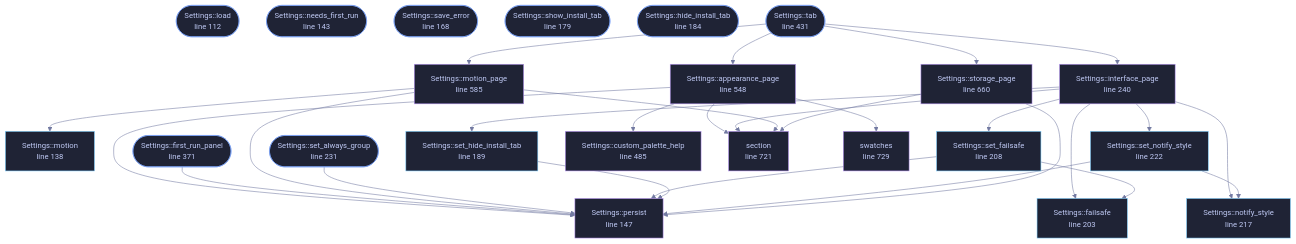
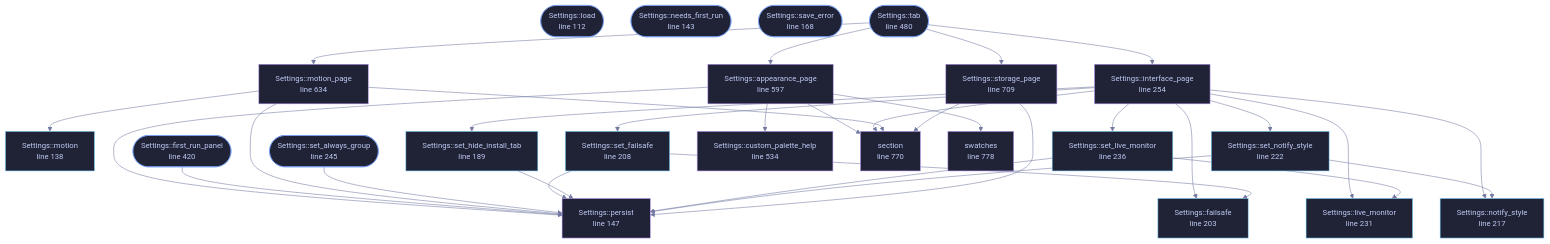
One commit to tilas01/veilvoice changed the diagram in wiki/File-veilvoice-gui-settings.md. Above: the diagram before and after it, drawn with Mermaid. The commit also changed other lines of this file and 81 other files, not shown here.

````diff
--- a/wiki/File-veilvoice-gui-settings.md
+++ b/wiki/File-veilvoice-gui-settings.md
@@ -95,33 +95,35 @@
     n_needs_first_run(["Settings::needs_first_run<br/>line 143"])
     n_persist["Settings::persist<br/>line 147"]
     n_save_error(["Settings::save_error<br/>line 168"])
-    n_show_install_tab(["Settings::show_install_tab<br/>line 179"])
-    n_hide_install_tab(["Settings::hide_install_tab<br/>line 184"])
     n_set_hide_install_tab["Settings::set_hide_install_tab<br/>line 189"]
     n_failsafe["Settings::failsafe<br/>line 203"]
     n_set_failsafe["Settings::set_failsafe<br/>line 208"]
     n_notify_style["Settings::notify_style<br/>line 217"]
     n_set_notify_style["Settings::set_notify_style<br/>line 222"]
-    n_set_always_group(["Settings::set_always_group<br/>line 231"])
-    n_interface_page["Settings::interface_page<br/>line 240"]
-    n_first_run_panel(["Settings::first_run_panel<br/>line 371"])
-    n_tab(["Settings::tab<br/>line 431"])
-    n_custom_palette_help["Settings::custom_palette_help<br/>line 485"]
-    n_appearance_page["Settings::appearance_page<br/>line 548"]
-    n_motion_page["Settings::motion_page<br/>line 585"]
-    n_storage_page["Settings::storage_page<br/>line 660"]
-    n_section["section<br/>line 721"]
-    n_swatches["swatches<br/>line 729"]
+    n_live_monitor["Settings::live_monitor<br/>line 231"]
+    n_set_live_monitor["Settings::set_live_monitor<br/>line 236"]
+    n_set_always_group(["Settings::set_always_group<br/>line 245"])
+    n_interface_page["Settings::interface_page<br/>line 254"]
+    n_first_run_panel(["Settings::first_run_panel<br/>line 420"])
+    n_tab(["Settings::tab<br/>line 480"])
+    n_custom_palette_help["Settings::custom_palette_help<br/>line 534"]
+    n_appearance_page["Settings::appearance_page<br/>line 597"]
+    n_motion_page["Settings::motion_page<br/>line 634"]
+    n_storage_page["Settings::storage_page<br/>line 709"]
+    n_section["section<br/>line 770"]
+    n_swatches["swatches<br/>line 778"]
     n_appearance_page --> n_custom_palette_help
     n_appearance_page --> n_persist
     n_appearance_page --> n_section
     n_appearance_page --> n_swatches
     n_first_run_panel --> n_persist
     n_interface_page --> n_failsafe
+    n_interface_page --> n_live_monitor
     n_interface_page --> n_notify_style
     n_interface_page --> n_section
     n_interface_page --> n_set_failsafe
     n_interface_page --> n_set_hide_install_tab
+    n_interface_page --> n_set_live_monitor
     n_interface_page --> n_set_notify_style
     n_motion_page --> n_motion
     n_motion_page --> n_persist
@@ -130,6 +132,8 @@
     n_set_failsafe --> n_failsafe
     n_set_failsafe --> n_persist
     n_set_hide_install_tab --> n_persist
+    n_set_live_monitor --> n_live_monitor
+    n_set_live_monitor --> n_persist
     n_set_notify_style --> n_notify_style
     n_set_notify_style --> n_persist
     n_storage_page --> n_persist
@@ -143,27 +147,27 @@
     click n_needs_first_run href "https://github.com/tilas01/veilvoice/blob/main/crates/veilvoice-gui/src/settings.rs#L143" "open the source"
     click n_persist href "https://github.com/tilas01/veilvoice/blob/main/crates/veilvoice-gui/src/settings.rs#L147" "open the source"
     click n_save_error href "https://github.com/tilas01/veilvoice/blob/main/crates/veilvoice-gui/src/settings.rs#L168" "open the source"
-    click n_show_install_tab href "https://github.com/tilas01/veilvoice/blob/main/crates/veilvoice-gui/src/settings.rs#L179" "open the source"
-    click n_hide_install_tab href "https://github.com/tilas01/veilvoice/blob/main/crates/veilvoice-gui/src/settings.rs#L184" "open the source"
     click n_set_hide_install_tab href "https://github.com/tilas01/veilvoice/blob/main/crates/veilvoice-gui/src/settings.rs#L189" "open the source"
     click n_failsafe href "https://github.com/tilas01/veilvoice/blob/main/crates/veilvoice-gui/src/settings.rs#L203" "open the source"
     click n_set_failsafe href "https://github.com/tilas01/veilvoice/blob/main/crates/veilvoice-gui/src/settings.rs#L208" "open the source"
     click n_notify_style href "https://github.com/tilas01/veilvoice/blob/main/crates/veilvoice-gui/src/settings.rs#L217" "open the source"
     click n_set_notify_style href "https://github.com/tilas01/veilvoice/blob/main/crates/veilvoice-gui/src/settings.rs#L222" "open the source"
-    click n_set_always_group href "https://github.com/tilas01/veilvoice/blob/main/crates/veilvoice-gui/src/settings.rs#L231" "open the source"
-    click n_interface_page href "https://github.com/tilas01/veilvoice/blob/main/crates/veilvoice-gui/src/settings.rs#L240" "open the source"
-    click n_first_run_panel href "https://github.com/tilas01/veilvoice/blob/main/crates/veilvoice-gui/src/settings.rs#L371" "open the source"
-    click n_tab href "https://github.com/tilas01/veilvoice/blob/main/crates/veilvoice-gui/src/settings.rs#L431" "open the source"
-    click n_custom_palette_help href "https://github.com/tilas01/veilvoice/blob/main/crates/veilvoice-gui/src/settings.rs#L485" "open the source"
-    click n_appearance_page href "https://github.com/tilas01/veilvoice/blob/main/crates/veilvoice-gui/src/settings.rs#L548" "open the source"
-    click n_motion_page href "https://github.com/tilas01/veilvoice/blob/main/crates/veilvoice-gui/src/settings.rs#L585" "open the source"
-    click n_storage_page href "https://github.com/tilas01/veilvoice/blob/main/crates/veilvoice-gui/src/settings.rs#L660" "open the source"
-    click n_section href "https://github.com/tilas01/veilvoice/blob/main/crates/veilvoice-gui/src/settings.rs#L721" "open the source"
-    click n_swatches href "https://github.com/tilas01/veilvoice/blob/main/crates/veilvoice-gui/src/settings.rs#L729" "open the source"
+    click n_live_monitor href "https://github.com/tilas01/veilvoice/blob/main/crates/veilvoice-gui/src/settings.rs#L231" "open the source"
+    click n_set_live_monitor href "https://github.com/tilas01/veilvoice/blob/main/crates/veilvoice-gui/src/settings.rs#L236" "open the source"
+    click n_set_always_group href "https://github.com/tilas01/veilvoice/blob/main/crates/veilvoice-gui/src/settings.rs#L245" "open the source"
+    click n_interface_page href "https://github.com/tilas01/veilvoice/blob/main/crates/veilvoice-gui/src/settings.rs#L254" "open the source"
+    click n_first_run_panel href "https://github.com/tilas01/veilvoice/blob/main/crates/veilvoice-gui/src/settings.rs#L420" "open the source"
+    click n_tab href "https://github.com/tilas01/veilvoice/blob/main/crates/veilvoice-gui/src/settings.rs#L480" "open the source"
+    click n_custom_palette_help href "https://github.com/tilas01/veilvoice/blob/main/crates/veilvoice-gui/src/settings.rs#L534" "open the source"
+    click n_appearance_page href "https://github.com/tilas01/veilvoice/blob/main/crates/veilvoice-gui/src/settings.rs#L597" "open the source"
+    click n_motion_page href "https://github.com/tilas01/veilvoice/blob/main/crates/veilvoice-gui/src/settings.rs#L634" "open the source"
+    click n_storage_page href "https://github.com/tilas01/veilvoice/blob/main/crates/veilvoice-gui/src/settings.rs#L709" "open the source"
+    click n_section href "https://github.com/tilas01/veilvoice/blob/main/crates/veilvoice-gui/src/settings.rs#L770" "open the source"
+    click n_swatches href "https://github.com/tilas01/veilvoice/blob/main/crates/veilvoice-gui/src/settings.rs#L778" "open the source"
     classDef entry fill:#1f2335,stroke:#7aa2f7,color:#c0caf5
-    class n_load,n_needs_first_run,n_save_error,n_show_install_tab,n_hide_install_tab,n_set_always_group,n_first_run_panel,n_tab entry
+    class n_load,n_needs_first_run,n_save_error,n_set_always_group,n_first_run_panel,n_tab entry
     classDef api fill:#1f2335,stroke:#7dcfff,color:#c0caf5
-    class n_motion,n_set_hide_install_tab,n_failsafe,n_set_failsafe,n_notify_style,n_set_notify_style api
+    class n_motion,n_set_hide_install_tab,n_failsafe,n_set_failsafe,n_notify_style,n_set_notify_style,n_live_monitor,n_set_live_monitor api
     classDef helper fill:#1f2335,stroke:#bb9af7,color:#c0caf5
     class n_persist,n_interface_page,n_custom_palette_help,n_appearance_page,n_motion_page,n_storage_page,n_section,n_swatches helper
 ```
````
